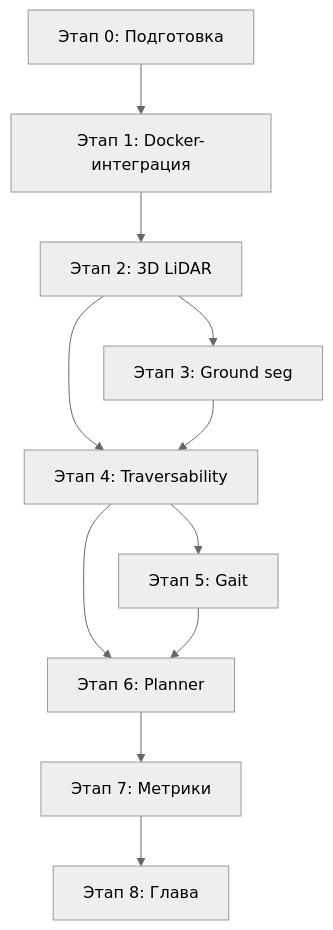
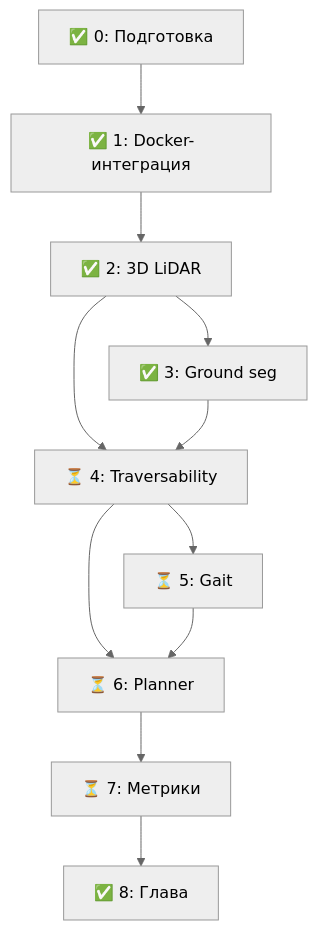
One commit to RedAlexDad/WalkingRobotSim changed the diagram in reports/elevation-mapping/Декомпозиция-интеграции-elevation-mapping.md. Above: the diagram before and after it, drawn with Mermaid (neutral theme). The commit also changed other lines of this file, not shown here.

First line of the commit message:
docs: обновить отчёт Декомпозиция — Этап 3 выполнен

````diff
--- a/reports/elevation-mapping/Декомпозиция-интеграции-elevation-mapping.md
+++ b/reports/elevation-mapping/Декомпозиция-интеграции-elevation-mapping.md
@@ -364,13 +437,13 @@
 ```mermaid
 graph TD
-    A[Этап 0: Подготовка] --> B[Этап 1: Docker-интеграция]
-    B --> C[Этап 2: 3D LiDAR]
-    C --> D[Этап 3: Ground seg]
-    C --> E[Этап 4: Traversability]
+    A[✅ 0: Подготовка] --> B[✅ 1: Docker-интеграция]
+    B --> C[✅ 2: 3D LiDAR]
+    C --> D[✅ 3: Ground seg]
+    C --> E[⏳ 4: Traversability]
     D --> E
-    E --> F[Этап 5: Gait]
-    E --> G[Этап 6: Planner]
+    E --> F[⏳ 5: Gait]
+    E --> G[⏳ 6: Planner]
     F --> G
-    G --> H[Этап 7: Метрики]
-    H --> I[Этап 8: Глава]
+    G --> H[⏳ 7: Метрики]
+    H --> I[✅ 8: Глава]
 ```
````
